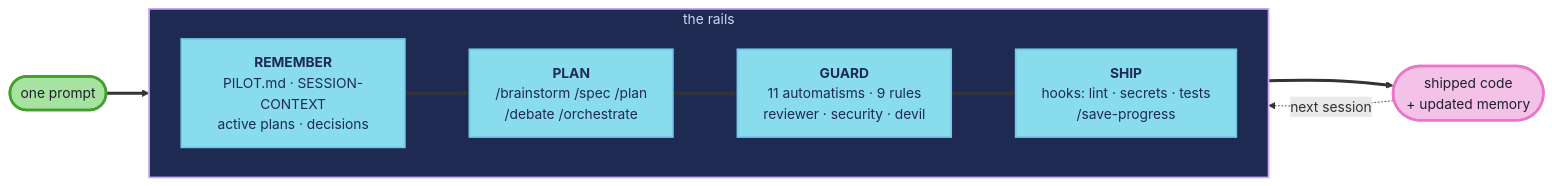
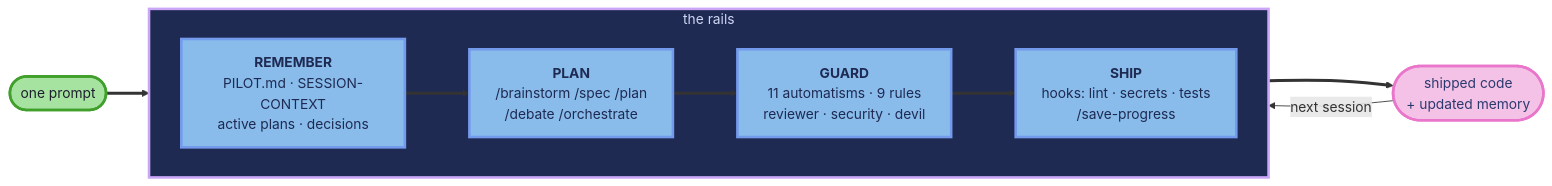
One commit to Vincent-20-100/metadev-protocol changed the second of 2 diagrams in README.md. Above: the diagram before and after it, drawn with Mermaid. The commit also changed other lines of this file and 1 other file, not shown here.

````diff
--- a/README.md
+++ b/README.md
@@ -80,25 +80,25 @@
 ```mermaid
 flowchart LR
-    classDef io    fill:#a6e3a1,stroke:#40a02b,stroke-width:3px,color:#1e1e2e
-    classDef stage fill:#89dceb,stroke:#74c7ec,stroke-width:2px,color:#1e2a52
-    classDef out   fill:#f5c2e7,stroke:#ea76cb,stroke-width:3px,color:#1e1e2e
+    classDef io    fill: #a6e3a1,stroke: #40a02b,stroke-width:3px,color:#1e1e2e
+    classDef stage fill: #89bceb,stroke: #749aec,stroke-width:3px,color: #1e2a52
+    classDef out   fill: #f5c2e7,stroke: #ea76cb,stroke-width:3px,color: #2b3a6d
 
     PROMPT(["one prompt"]):::io
 
     subgraph RAILS["the rails"]
         direction LR
         REMEMBER["<b>REMEMBER</b><br/>PILOT.md · SESSION-CONTEXT<br/>active plans · decisions"]:::stage
         PLAN["<b>PLAN</b><br/>/brainstorm /spec /plan<br/>/debate /orchestrate"]:::stage
         GUARD["<b>GUARD</b><br/>11 automatisms · 9 rules<br/>reviewer · security · devil"]:::stage
         SHIP["<b>SHIP</b><br/>hooks: lint · secrets · tests<br/>/save-progress"]:::stage
         REMEMBER ==> PLAN ==> GUARD ==> SHIP
     end
 
     CODE(["shipped code<br/>+ updated memory"]):::out
 
     PROMPT ==> REMEMBER
     SHIP ==> CODE
-    CODE -.->|"next session"| REMEMBER
+    CODE -->|"next session"| REMEMBER
 
-    style RAILS fill:#1e2a52,stroke:#cba6f7,stroke-width:2px,color:#cdd6f4
+    style RAILS fill: #1e2a52,stroke: #cba6f7,stroke-width:3px,color: #cdd6f4
 ```
````
